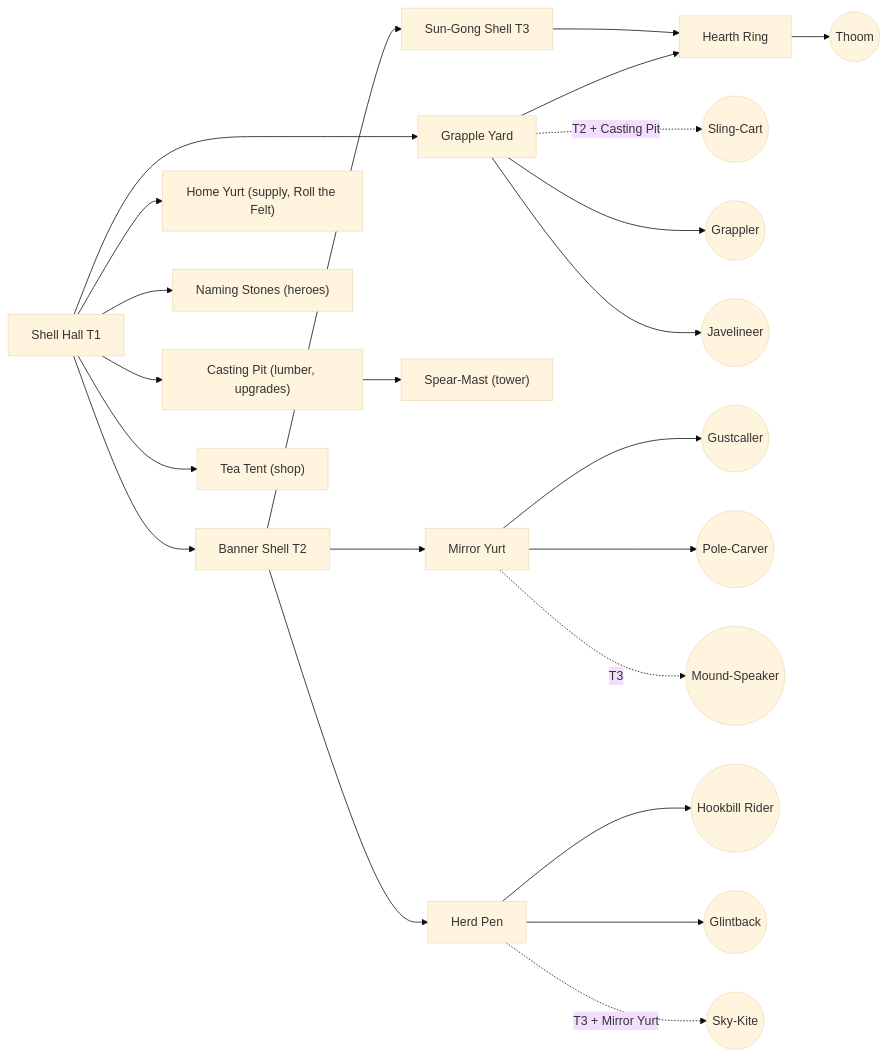
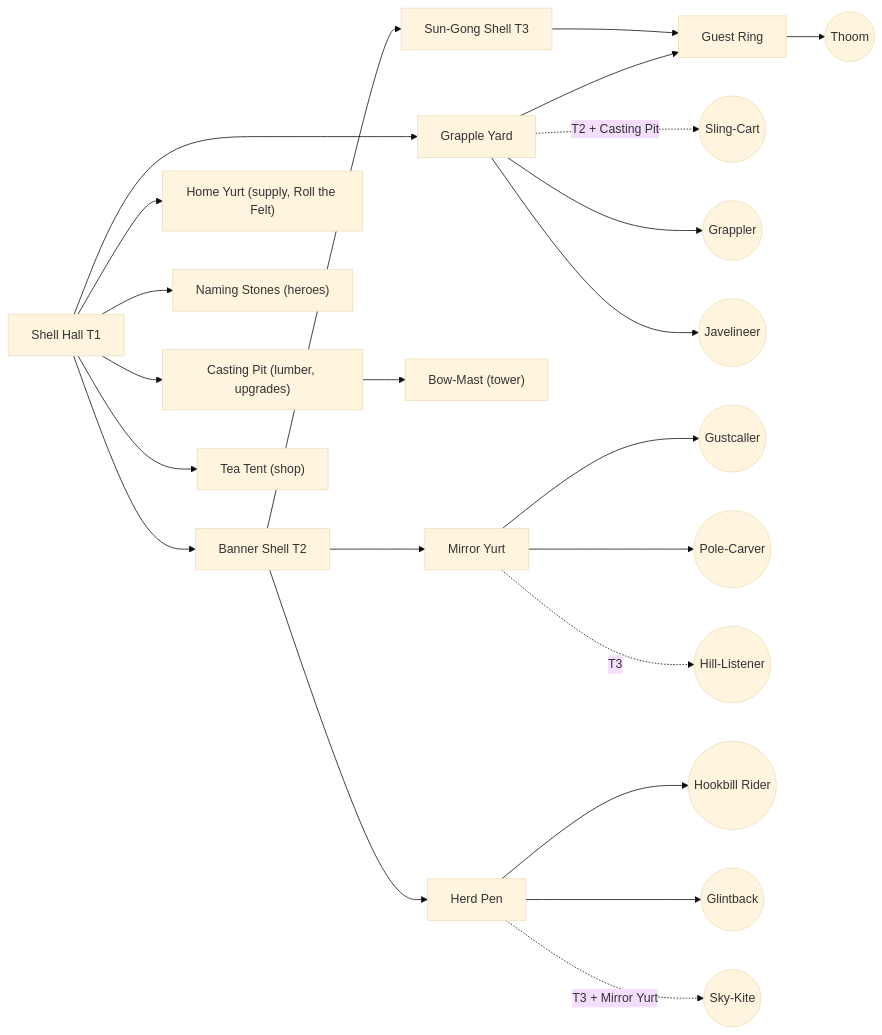
The diagram in docs/design/factions/clans.md (m1omg/Vibecraft), drawn with Mermaid (base theme) before and after one commit. The commit also changed other lines of this file and 10 other files, not shown here.

````diff
--- a/docs/design/factions/clans.md
+++ b/docs/design/factions/clans.md
@@ -837,21 +987,21 @@
 ```mermaid
 flowchart LR
   SH["Shell Hall T1"] --> BS["Banner Shell T2"] --> SG["Sun-Gong Shell T3"]
   SH --> HY["Home Yurt (supply, Roll the Felt)"]
   SH --> GY["Grapple Yard"]
   SH --> NS["Naming Stones (heroes)"]
   SH --> CP["Casting Pit (lumber, upgrades)"]
   SH --> TT["Tea Tent (shop)"]
-  CP --> SM["Spear-Mast (tower)"]
+  CP --> SM["Bow-Mast (tower)"]
   BS --> HP["Herd Pen"]
   BS --> MY["Mirror Yurt"]
-  SG --> HR["Hearth Ring"]
+  SG --> HR["Guest Ring"]
   GY --> HR
   GY -. "T2 + Casting Pit" .-> SC(("Sling-Cart"))
   GY --> GR(("Grappler")) & JV(("Javelineer"))
   MY --> GC(("Gustcaller")) & PC(("Pole-Carver"))
-  MY -. "T3" .-> MS(("Mound-Speaker"))
+  MY -. "T3" .-> MS(("Hill-Listener"))
   HP --> HB(("Hookbill Rider")) & GB(("Glintback"))
   HP -. "T3 + Mirror Yurt" .-> SK(("Sky-Kite"))
   HR --> TH(("Thoom"))
 ```
````
